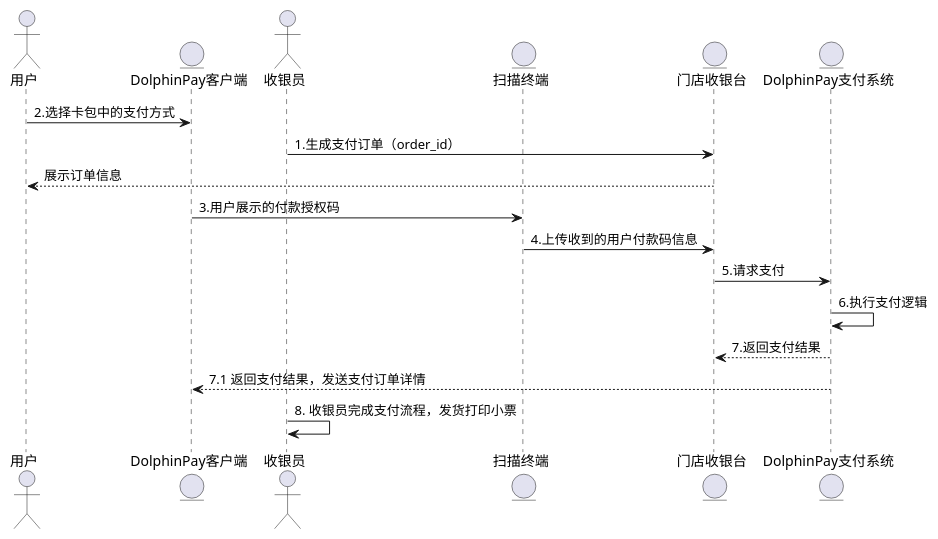
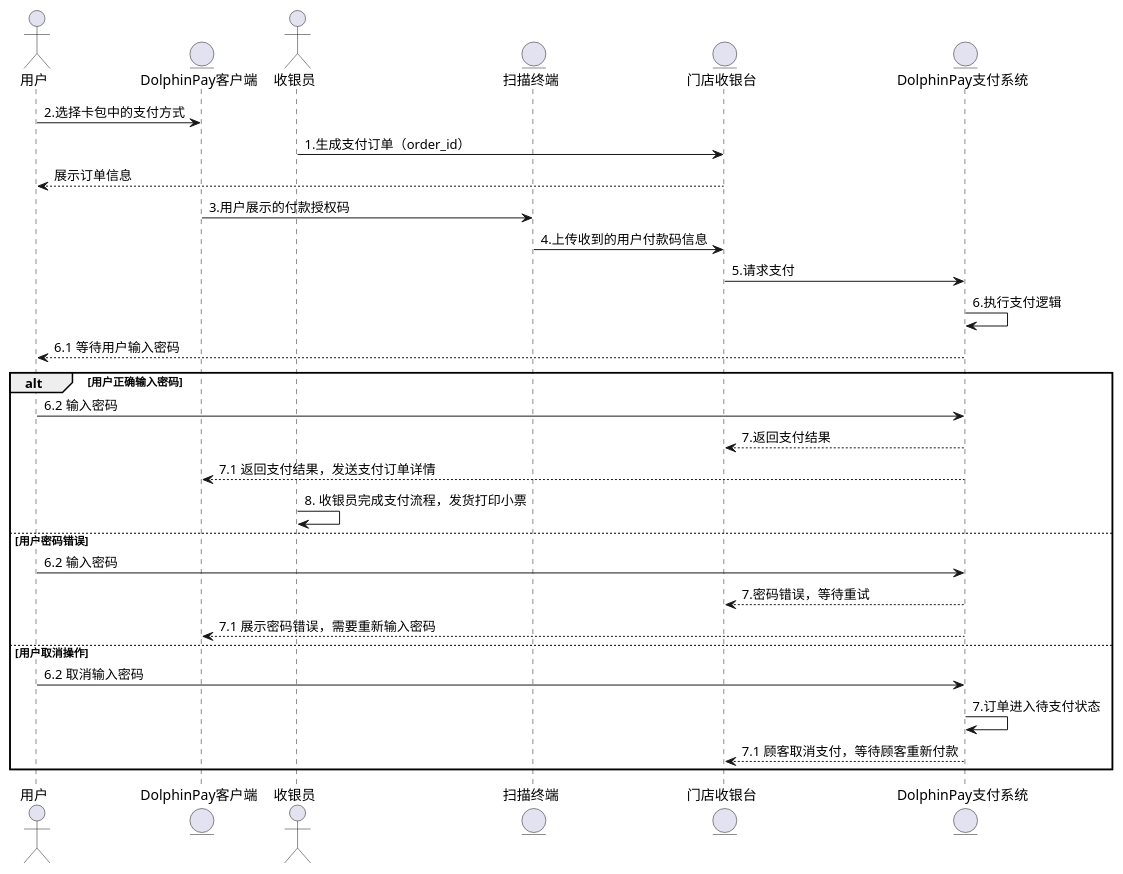
Before and after one commit to zhouchiji/statsthinking21-python: the diagram in product/dolphin_pay_need_password.puml, drawn with PlantUML. The commit also changed 1 other file, not shown here.

```diff
--- a/product/dolphin_pay_need_password.puml
+++ b/product/dolphin_pay_need_password.puml
@@ -1,19 +1,31 @@
 @startuml
 actor       用户          as USER
 entity      DolphinPay客户端    as APP
 actor       收银员         as CASHIER
 entity      扫描终端       as SCAN
 entity      门店收银台       as CHECKOUT
 entity      DolphinPay支付系统       as PAY
 
 USER -> APP : 2.选择卡包中的支付方式
 CASHIER -> CHECKOUT:1.生成支付订单（order_id）
 CHECKOUT --> USER: 展示订单信息
 APP -> SCAN: 3.用户展示的付款授权码
 SCAN -> CHECKOUT: 4.上传收到的用户付款码信息
 CHECKOUT -> PAY: 5.请求支付
 PAY->PAY: 6.执行支付逻辑
-PAY --> CHECKOUT: 7.返回支付结果
-PAY --> APP: 7.1 返回支付结果，发送支付订单详情
-CASHIER ->CASHIER: 8. 收银员完成支付流程，发货打印小票
+PAY --> USER: 6.1 等待用户输入密码
+alt 用户正确输入密码
+    USER -> PAY: 6.2 输入密码
+    PAY --> CHECKOUT: 7.返回支付结果
+    PAY --> APP: 7.1 返回支付结果，发送支付订单详情
+    CASHIER ->CASHIER: 8. 收银员完成支付流程，发货打印小票
+else 用户密码错误
+    USER -> PAY: 6.2 输入密码
+    PAY --> CHECKOUT: 7.密码错误，等待重试
+    PAY --> APP: 7.1 展示密码错误，需要重新输入密码
+else 用户取消操作
+    USER -> PAY: 6.2 取消输入密码
+    PAY -> PAY: 7.订单进入待支付状态
+    PAY --> CHECKOUT: 7.1 顾客取消支付，等待顾客重新付款
+end
 @enduml
```
